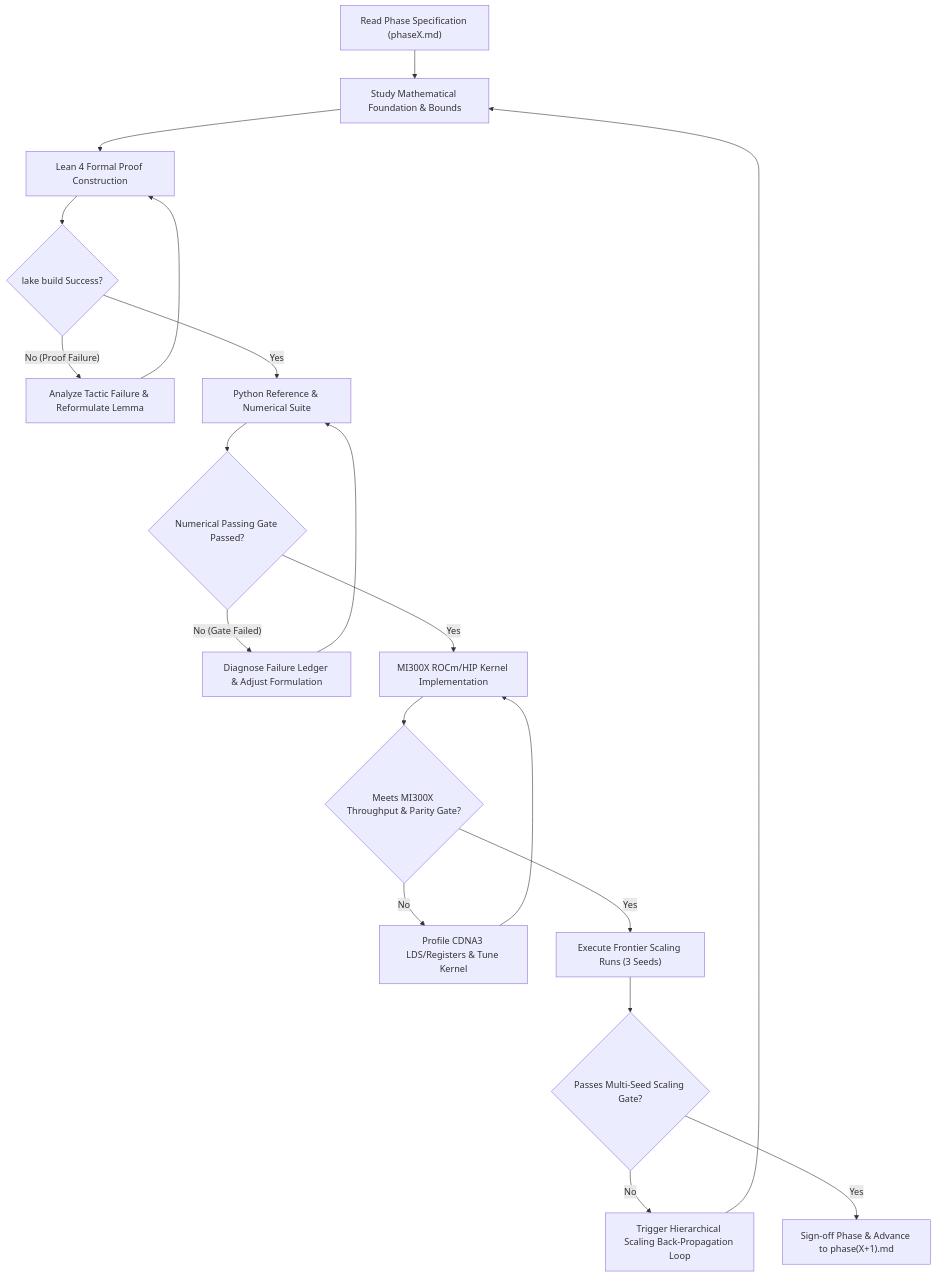
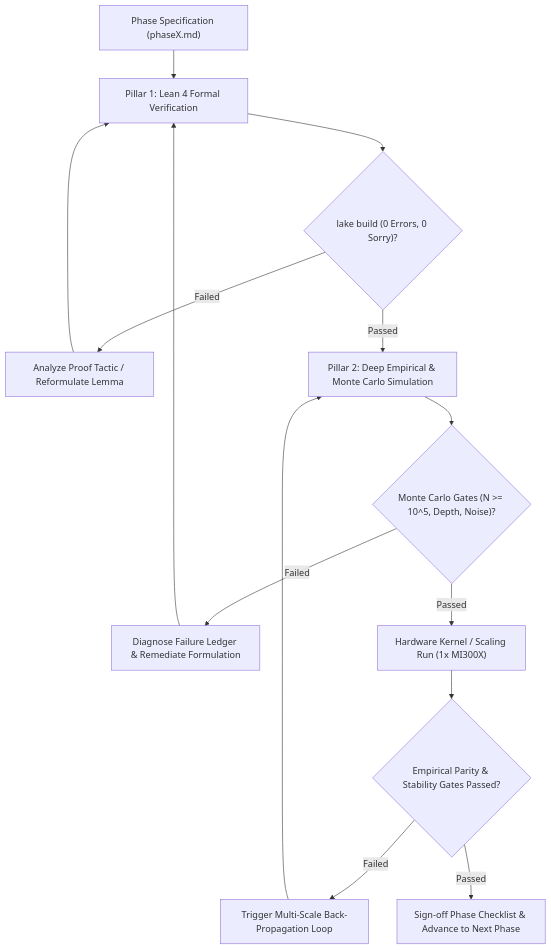
The diagram in phases/README.md (tasmaikeni13/algebraic-intelligence), drawn with Mermaid before and after one commit. The commit also changed other lines of this file and 10 other files, not shown here.

Commit message:
docs: overhaul phases 1-10 with dual-pillar formal Lean 4 and rigorous empirical Monte Carlo/scaling specs

````diff
--- a/phases/README.md
+++ b/phases/README.md
@@ -32,21 +31,16 @@
 ```mermaid
 graph TD
-    A["Read Phase Specification (phaseX.md)"] --> B["Study Mathematical Foundation & Bounds"]
-    B --> C["Lean 4 Formal Proof Construction"]
-    C --> D{"lake build Success?"}
-    D -- "No (Proof Failure)" --> E["Analyze Tactic Failure & Reformulate Lemma"]
-    E --> C
-    D -- "Yes" --> F["Python Reference & Numerical Suite"]
-    F --> G{"Numerical Passing Gate Passed?"}
-    G -- "No (Gate Failed)" --> H["Diagnose Failure Ledger & Adjust Formulation"]
-    H --> F
-    G -- "Yes" --> I["MI300X ROCm/HIP Kernel Implementation"]
-    I --> J{"Meets MI300X Throughput & Parity Gate?"}
-    J -- "No" --> K["Profile CDNA3 LDS/Registers & Tune Kernel"]
-    K --> I
-    J -- "Yes" --> L["Execute Frontier Scaling Runs (3 Seeds)"]
-    L --> M{"Passes Multi-Seed Scaling Gate?"}
-    M -- "No" --> N["Trigger Hierarchical Scaling Back-Propagation Loop"]
-    N --> B
-    M -- "Yes" --> O["Sign-off Phase & Advance to phase(X+1).md"]
+    A["Phase Specification (phaseX.md)"] --> B["Pillar 1: Lean 4 Formal Verification"]
+    B --> C{"lake build (0 Errors, 0 Sorry)?"}
+    C -- "Failed" --> D["Analyze Proof Tactic / Reformulate Lemma"]
+    D --> B
+    C -- "Passed" --> E["Pillar 2: Deep Empirical & Monte Carlo Simulation"]
+    E --> F{"Monte Carlo Gates (N >= 10^5, Depth, Noise)?"}
+    F -- "Failed" --> G["Diagnose Failure Ledger & Remediate Formulation"]
+    G --> B
+    F -- "Passed" --> H["Hardware Kernel / Scaling Run (1x MI300X)"]
+    H --> I{"Empirical Parity & Stability Gates Passed?"}
+    I -- "Failed" --> J["Trigger Multi-Scale Back-Propagation Loop"]
+    J --> E
+    I -- "Passed" --> K["Sign-off Phase Checklist & Advance to Next Phase"]
 ```
````
